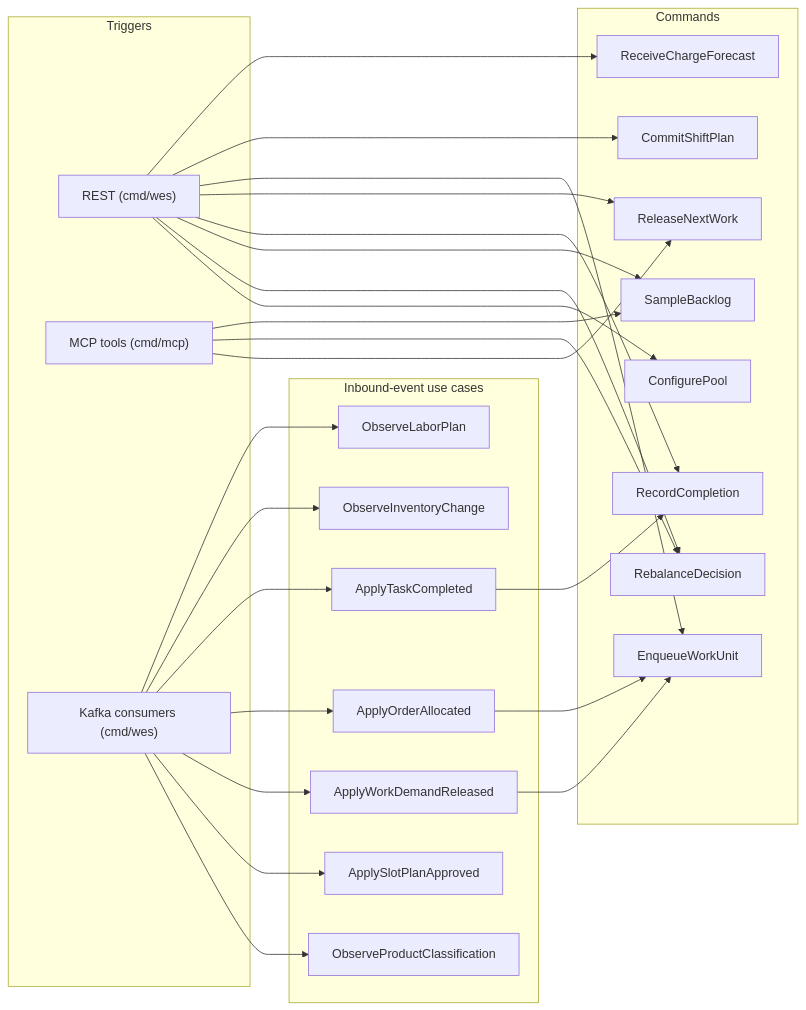
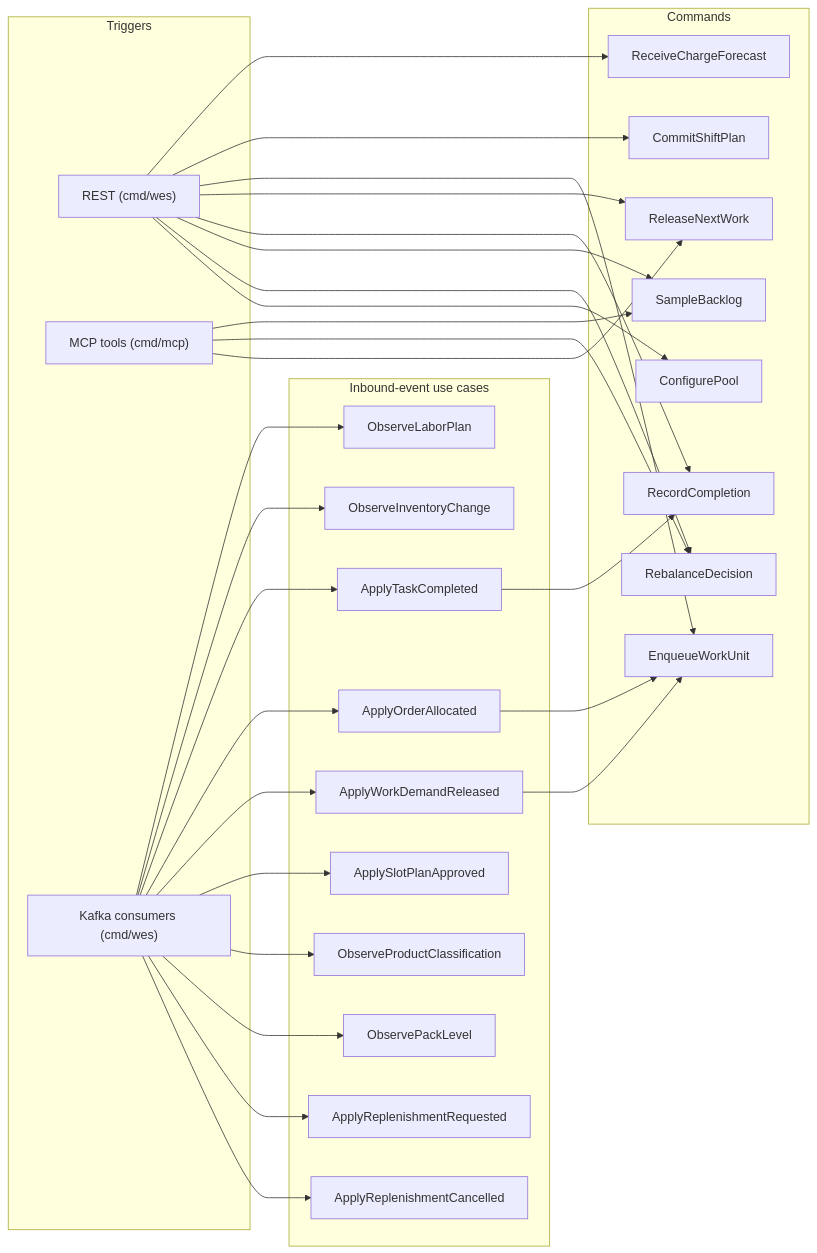
One commit to IQVO/wes-work-planning changed the diagram in docs/docs/ddd/use-cases.md. Above: the diagram before and after it, drawn with Mermaid. The commit also changed other lines of this file and 3 other files, not shown here.

````diff
--- a/docs/docs/ddd/use-cases.md
+++ b/docs/docs/ddd/use-cases.md
@@ -17,48 +17,54 @@
 ```mermaid
 flowchart LR
     subgraph triggers["Triggers"]
         REST["REST (cmd/wes)"]
         MCP["MCP tools (cmd/mcp)"]
         KAFKA["Kafka consumers (cmd/wes)"]
     end
     subgraph commands["Commands"]
         RCF["ReceiveChargeForecast"]
         CSP["CommitShiftPlan"]
         EWU["EnqueueWorkUnit"]
         RNW["ReleaseNextWork"]
         RC["RecordCompletion"]
         SB["SampleBacklog"]
         RD["RebalanceDecision"]
         CP["ConfigurePool"]
     end
     subgraph inbound["Inbound-event use cases"]
         OLP["ObserveLaborPlan"]
         OIC["ObserveInventoryChange"]
         ATC["ApplyTaskCompleted"]
         AOA["ApplyOrderAllocated"]
         AWD["ApplyWorkDemandReleased"]
         ASP["ApplySlotPlanApproved"]
         OPC["ObserveProductClassification"]
+        OPL["ObservePackLevel"]
+        ARR["ApplyReplenishmentRequested"]
+        ARC["ApplyReplenishmentCancelled"]
     end
     REST --> RCF
     REST --> CSP
     REST --> EWU
     REST --> RNW
     REST --> RC
     REST --> SB
     REST --> RD
     REST --> CP
     MCP --> SB
     MCP --> RD
     MCP --> RNW
     KAFKA --> OLP
     KAFKA --> OIC
     KAFKA --> ATC
     KAFKA --> AOA
     KAFKA --> AWD
     KAFKA --> ASP
     KAFKA --> OPC
+    KAFKA --> OPL
+    KAFKA --> ARR
+    KAFKA --> ARC
     ATC --> RC
     AOA --> EWU
     AWD --> EWU
 ```
````
